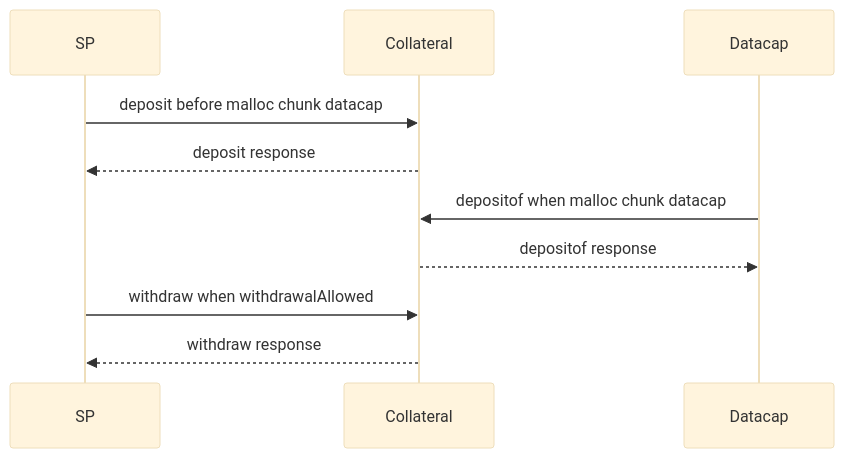
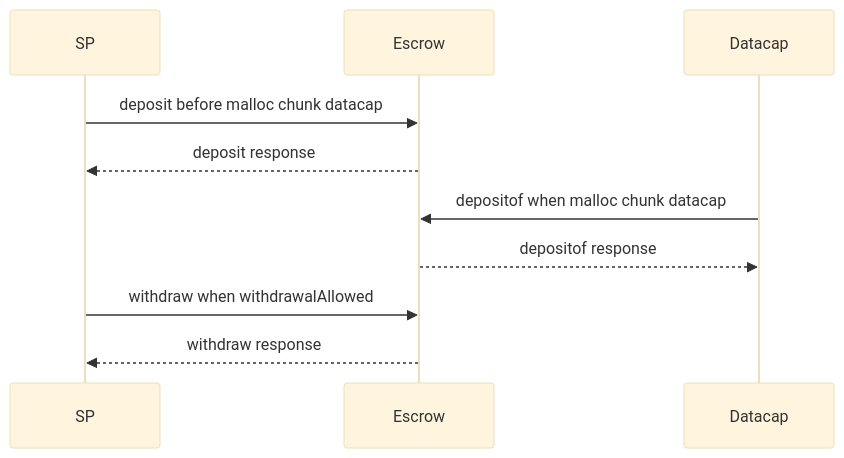
One commit to dataswap/specs changed the fourth of 8 diagrams in systems/core/escrow/Readme.md. Above: the diagram before and after it, drawn with Mermaid (base theme). The commit also changed other lines of this file, not shown here.

````diff
--- a/systems/core/escrow/Readme.md
+++ b/systems/core/escrow/Readme.md
@@ -95,9 +95,9 @@
 ```mermaid
 sequenceDiagram
-   SP ->> Collateral: deposit before malloc chunk datacap
-   Collateral -->> SP: deposit response
-   Datacap ->> Collateral: depositof when malloc chunk datacap
-   Collateral -->> Datacap: depositof response
-   SP ->> Collateral: withdraw when withdrawalAllowed
-   Collateral -->> SP: withdraw response
+   SP ->> Escrow: deposit before malloc chunk datacap
+   Escrow -->> SP: deposit response
+   Datacap ->> Escrow: depositof when malloc chunk datacap
+   Escrow -->> Datacap: depositof response
+   SP ->> Escrow: withdraw when withdrawalAllowed
+   Escrow -->> SP: withdraw response
 ```
````
